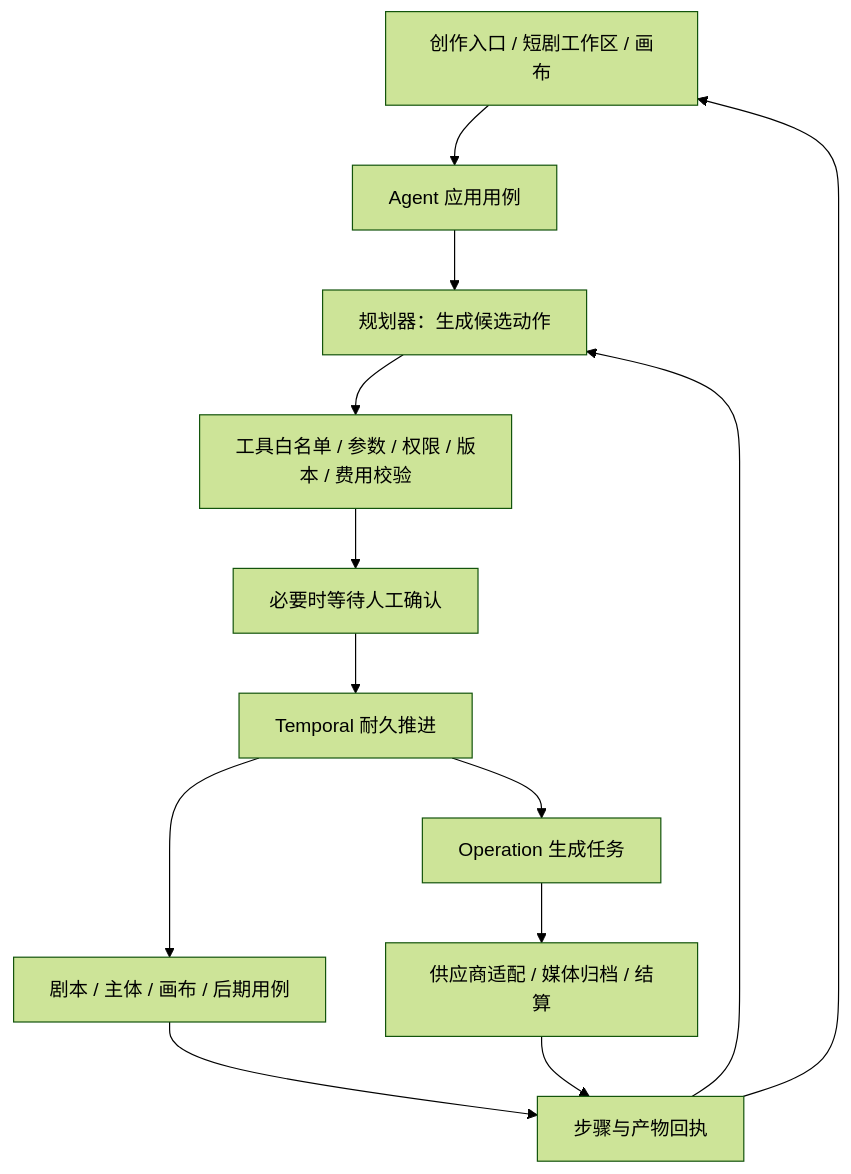
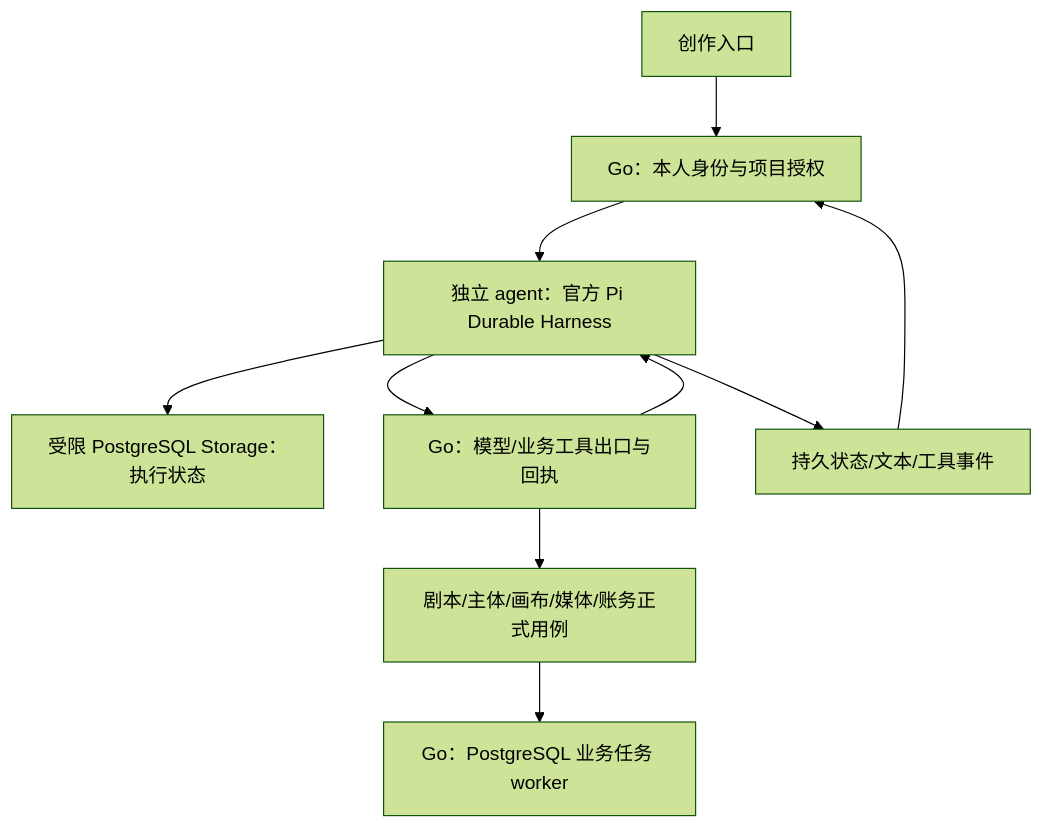
The diagram in docs/research/2026-11-01-短剧Agent能力与服务边界调研.md (StephenQiu30/glowloom), drawn with Mermaid (forest theme) before and after one commit. The commit also changed other lines of this file and 1134 other files, not shown here.

````diff
--- a/docs/research/2026-11-01-短剧Agent能力与服务边界调研.md
+++ b/docs/research/2026-11-01-短剧Agent能力与服务边界调研.md
@@ -132,15 +113,12 @@
 ```mermaid
 flowchart TD
-    UI[创作入口 / 短剧工作区 / 画布] --> A[Agent 应用用例]
-    A --> P[规划器：生成候选动作]
-    P --> V[工具白名单 / 参数 / 权限 / 版本 / 费用校验]
-    V --> H[必要时等待人工确认]
-    H --> W[Temporal 耐久推进]
-    W --> D[剧本 / 主体 / 画布 / 后期用例]
-    W --> O[Operation 生成任务]
-    O --> S[供应商适配 / 媒体归档 / 结算]
-    D --> E[步骤与产物回执]
-    S --> E
-    E --> P
-    E --> UI
+    UI[创作入口] --> API[Go：本人身份与项目授权]
+    API --> Agent[独立 agent：官方 Pi Durable Harness]
+    Agent --> PG[受限 PostgreSQL Storage：执行状态]
+    Agent --> Gateway[Go：模型/业务工具出口与回执]
+    Gateway --> Domain[剧本/主体/画布/媒体/账务正式用例]
+    Domain --> Jobs[Go：PostgreSQL 业务任务 worker]
+    Gateway --> Agent
+    Agent --> SSE[持久状态/文本/工具事件]
+    SSE --> API
 ```
````
